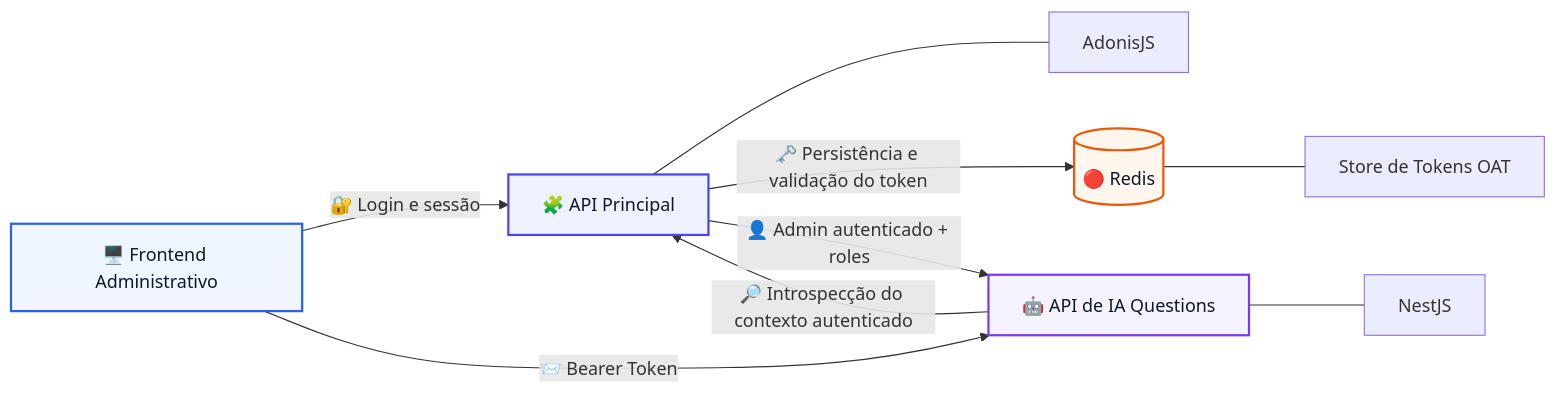
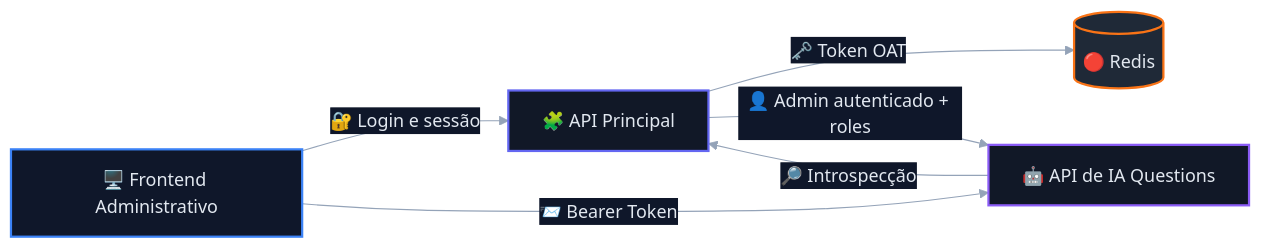
The first of 8 diagrams in RFC-0001-Auth.md (matheusdiamantino-betalent/IA), drawn with Mermaid before and after one commit. The commit also changed other lines of this file, not shown here.

````diff
--- a/RFC-0001-Auth.md
+++ b/RFC-0001-Auth.md
@@ -335,25 +215,34 @@
 ```mermaid
+%%{init: {'theme':'base','themeVariables': {
+  'primaryColor':'#0f172a',
+  'primaryTextColor':'#e2e8f0',
+  'primaryBorderColor':'#475569',
+  'lineColor':'#94a3b8',
+  'secondaryColor':'#111827',
+  'tertiaryColor':'#1e293b',
+  'background':'#020617',
+  'mainBkg':'#0f172a',
+  'secondBkg':'#111827',
+  'tertiaryBkg':'#1e293b',
+  'clusterBkg':'#0b1220',
+  'clusterBorder':'#334155',
+  'edgeLabelBackground':'#0f172a',
+  'fontFamily':'Inter, Segoe UI, Arial'
+}}}%%
 flowchart LR
     FE[🖥️ Frontend Administrativo]
     AP[🧩 API Principal]
-    APS[AdonisJS]
     RD[(🔴 Redis)]
-    RDS[Store de Tokens OAT]
     IA[🤖 API de IA Questions]
-    IAS[NestJS]
-
-    AP --- APS
-    RD --- RDS
-    IA --- IAS
 
     FE -->|🔐 Login e sessão| AP
-    AP -->|🗝️ Persistência e validação do token| RD
+    AP -->|🗝️ Token OAT| RD
     FE -->|📨 Bearer Token| IA
-    IA -->|🔎 Introspecção do contexto autenticado| AP
+    IA -->|🔎 Introspecção| AP
     AP -->|👤 Admin autenticado + roles| IA
 
-    style FE fill:#eff6ff,stroke:#2563eb,stroke-width:2px,color:#0f172a
-    style AP fill:#eef2ff,stroke:#4f46e5,stroke-width:2px,color:#0f172a
-    style IA fill:#f5f3ff,stroke:#7c3aed,stroke-width:2px,color:#0f172a
-    style RD fill:#fff7ed,stroke:#ea580c,stroke-width:2px,color:#0f172a
+    style FE fill:#0f172a,stroke:#3b82f6,stroke-width:2px,color:#e2e8f0
+    style AP fill:#111827,stroke:#6366f1,stroke-width:2px,color:#e2e8f0
+    style IA fill:#111827,stroke:#8b5cf6,stroke-width:2px,color:#e2e8f0
+    style RD fill:#1f2937,stroke:#f97316,stroke-width:2px,color:#e2e8f0
 ```
````
